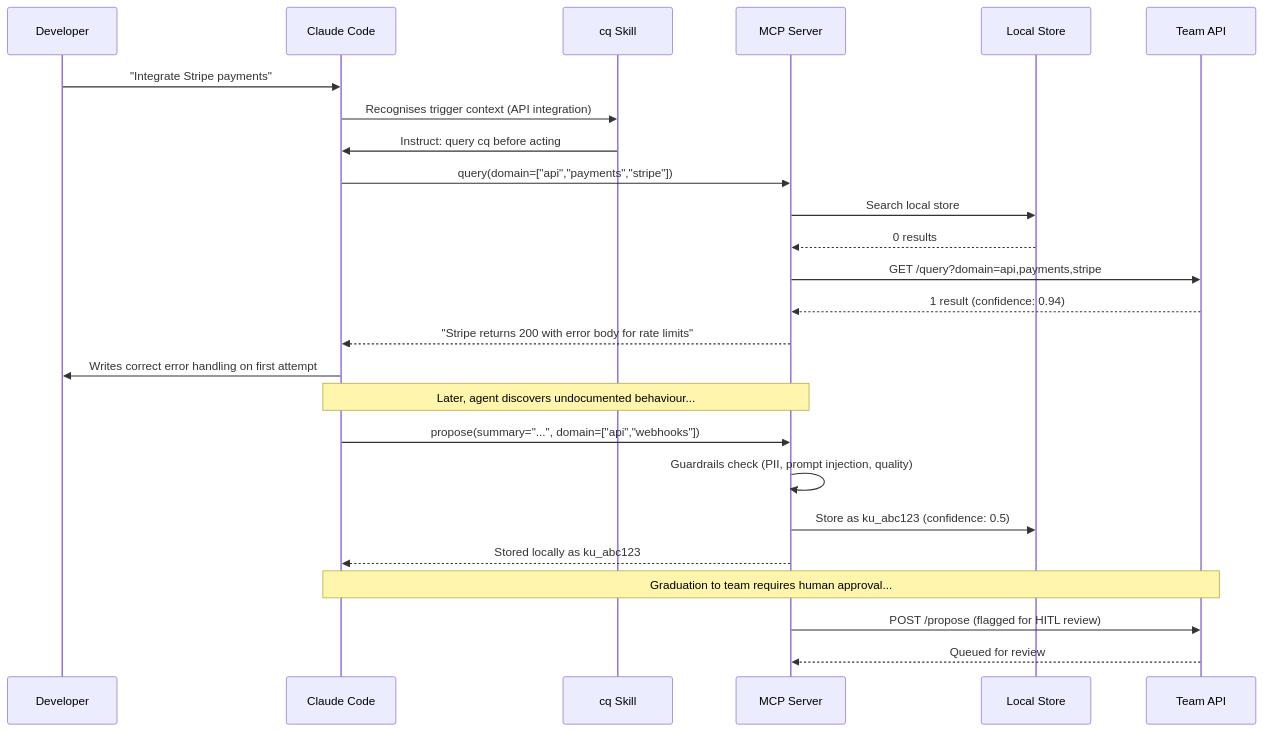
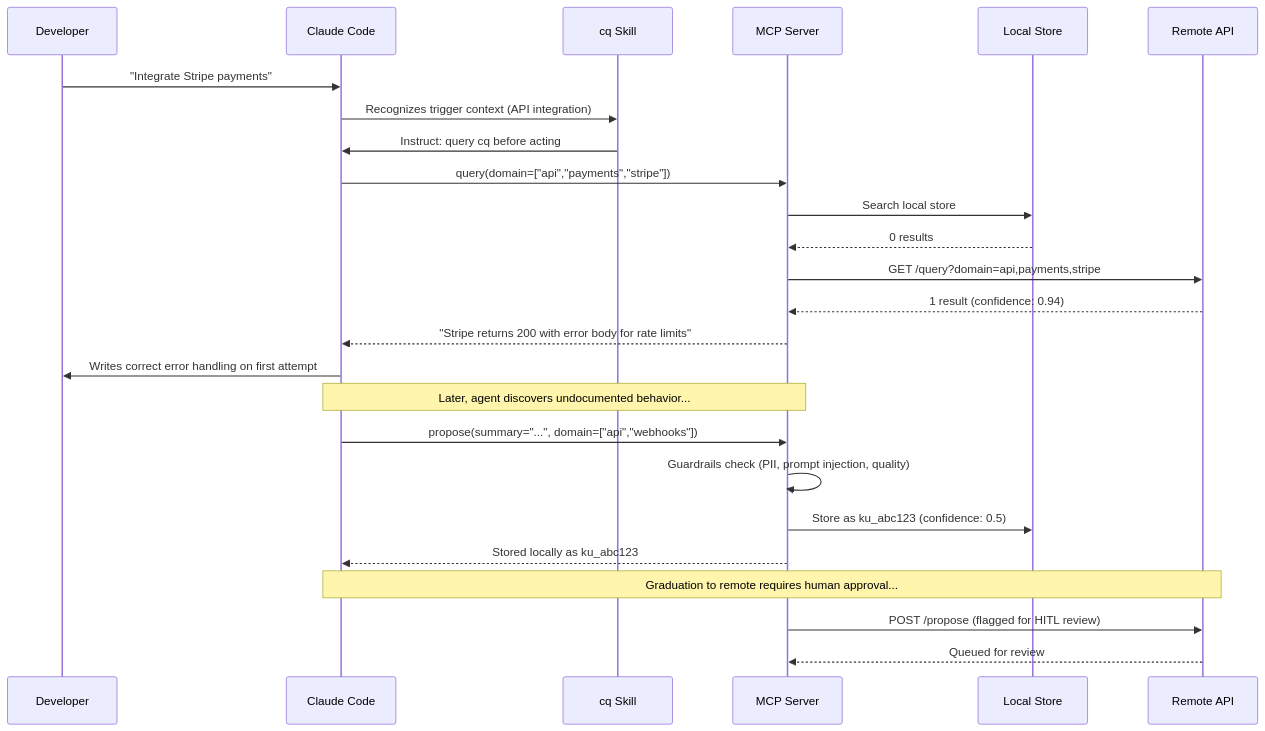
One commit to mozilla-ai/cq changed the second of 8 diagrams in docs/architecture.md. Above: the diagram before and after it, drawn with Mermaid. The commit also changed other lines of this file and 16 other files, not shown here.

````diff
--- a/docs/architecture.md
+++ b/docs/architecture.md
@@ -61,34 +61,34 @@
 ```mermaid
 sequenceDiagram
     participant Dev as Developer
     participant CC as Claude Code
     participant Skill as cq Skill
     participant MCP as MCP Server
     participant Local as Local Store
-    participant Team as Team API
+    participant Team as Remote API
 
     Dev->>CC: "Integrate Stripe payments"
-    CC->>Skill: Recognises trigger context (API integration)
+    CC->>Skill: Recognizes trigger context (API integration)
     Skill->>CC: Instruct: query cq before acting
 
     CC->>MCP: query(domain=["api","payments","stripe"])
     MCP->>Local: Search local store
     Local-->>MCP: 0 results
     MCP->>Team: GET /query?domain=api,payments,stripe
     Team-->>MCP: 1 result (confidence: 0.94)
     MCP-->>CC: "Stripe returns 200 with error body for rate limits"
 
     CC->>Dev: Writes correct error handling on first attempt
 
-    Note over CC,MCP: Later, agent discovers undocumented behaviour...
+    Note over CC,MCP: Later, agent discovers undocumented behavior...
 
     CC->>MCP: propose(summary="...", domain=["api","webhooks"])
     MCP->>MCP: Guardrails check (PII, prompt injection, quality)
     MCP->>Local: Store as ku_abc123 (confidence: 0.5)
     MCP-->>CC: Stored locally as ku_abc123
 
-    Note over CC,Team: Graduation to team requires human approval...
+    Note over CC,Team: Graduation to remote requires human approval...
 
     MCP->>Team: POST /propose (flagged for HITL review)
     Team-->>MCP: Queued for review
 ```
````
